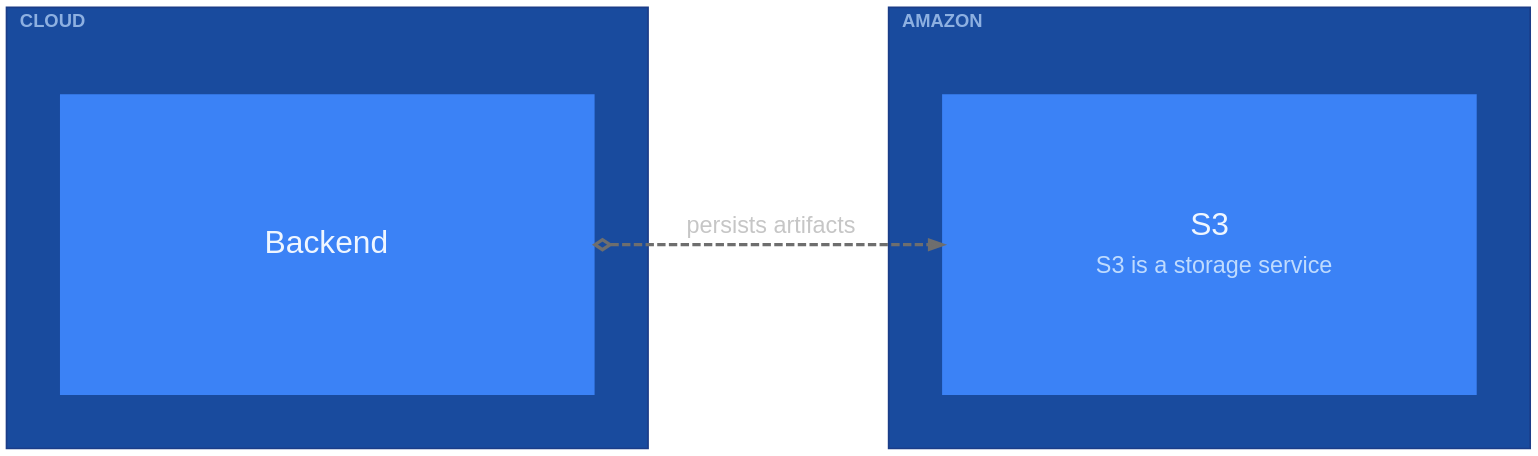
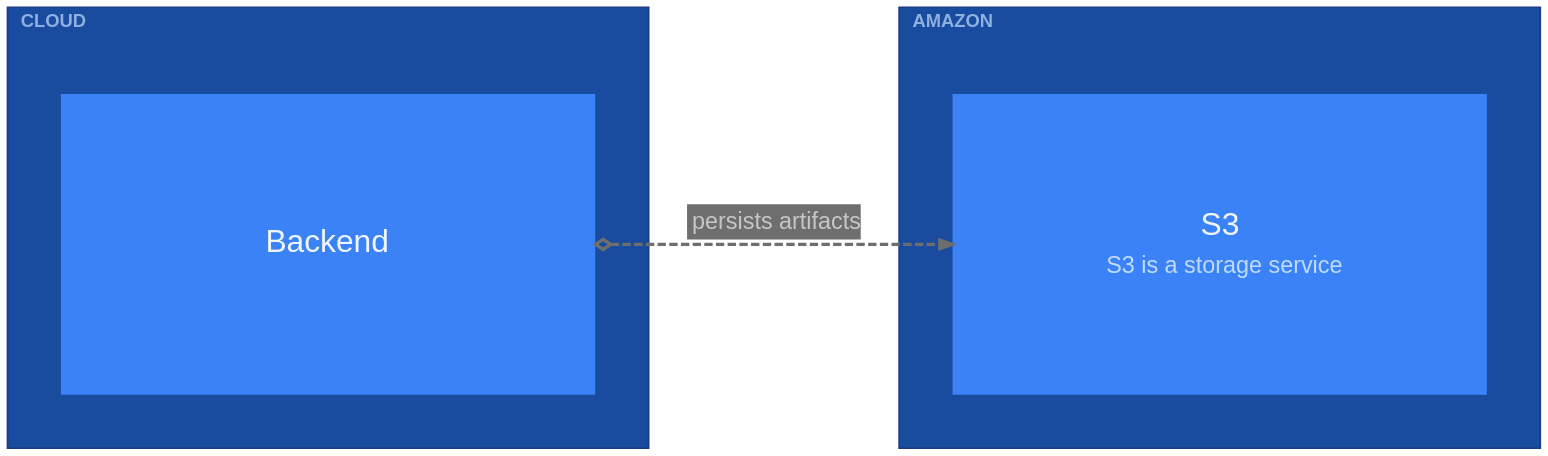
The diagram in packages/layouts/src/graphviz/__snapshots__/ElementViewPrinter-amazon.dot (likec4/likec4), drawn with Graphviz before and after one commit. The commit also changed 6 other files, not shown here.

Commit message:
revert table around edge label

```diff
--- a/packages/layouts/src/graphviz/__snapshots__/ElementViewPrinter-amazon.dot
+++ b/packages/layouts/src/graphviz/__snapshots__/ElementViewPrinter-amazon.dot
@@ -1,86 +1,86 @@
 digraph {
   bgcolor = "transparent";
   layout = "dot";
   compound = true;
   rankdir = "TB";
   TBbalance = "min";
   splines = "spline";
   outputorder = "nodesfirst";
   nodesep = 1.528;
   ranksep = 1.667;
   pack = 120;
   packmode = "array_3";
   pad = 0.209;
   fontname = "Arial";
   graph [
     fontsize = 15;
     labeljust = "l";
     labelloc = "t";
     margin = 50.1;
   ];
   edge [
     arrowsize = 0.75;
     fontname = "Arial";
     fontsize = 14;
     penwidth = 2;
     color = "#6E6E6E";
     fontcolor = "#C6C6C6";
   ];
   node [
     fontname = "Arial";
     shape = "rect";
     width = 4.445;
     height = 2.5;
     style = "filled";
     penwidth = 0;
   ];
   "backend" [
     likec4_id = "cloud.backend";
     likec4_level = 1;
     fillcolor = "#3b82f6";
     fontcolor = "#eff6ff";
     color = "#2563eb";
     margin = "0.362,0.362";
     label = <<FONT POINT-SIZE="19">Backend</FONT>>;
   ];
   "s3" [
     likec4_id = "amazon.s3";
     likec4_level = 1;
     fillcolor = "#3b82f6";
     fontcolor = "#eff6ff";
     color = "#2563eb";
     margin = "0.362,0.362";
     label = <<TABLE BORDER="0" CELLPADDING="0" CELLSPACING="6"><TR><TD><FONT POINT-SIZE="19">S3</FONT></TD></TR><TR><TD><FONT POINT-SIZE="14" COLOR="#bfdbfe">S3 is a storage service</FONT></TD></TR></TABLE>>;
   ];
   subgraph "cluster_cloud" {
     likec4_id = "cloud";
     likec4_level = 0;
     likec4_depth = 1;
     fillcolor = "#194b9e";
     color = "#1b3d88";
     style = "filled";
     margin = 32;
     label = <<FONT POINT-SIZE="11" COLOR="#bfdbfeb3"><B>CLOUD</B></FONT>>;
     "backend";
   }
   subgraph "cluster_amazon" {
     likec4_id = "amazon";
     likec4_level = 0;
     likec4_depth = 1;
     fillcolor = "#194b9e";
     color = "#1b3d88";
     style = "filled";
     margin = 32;
     label = <<FONT POINT-SIZE="11" COLOR="#bfdbfeb3"><B>AMAZON</B></FONT>>;
     "s3";
   }
   "backend" -> "s3" [
     likec4_id = "cloud.backend:amazon.s3";
     style = "dashed";
-    label = <<FONT POINT-SIZE="14">persists artifacts</FONT>>;
+    label = <<TABLE BORDER="0" CELLPADDING="3" CELLSPACING="0" BGCOLOR="#18191bA0"><TR><TD ALIGN="TEXT" BALIGN="LEFT"><FONT POINT-SIZE="14">persists artifacts</FONT></TD></TR></TABLE>>;
     arrowhead = "normal";
     arrowtail = "odiamond";
     dir = "both";
     minlen = 0;
   ];
 }
```
